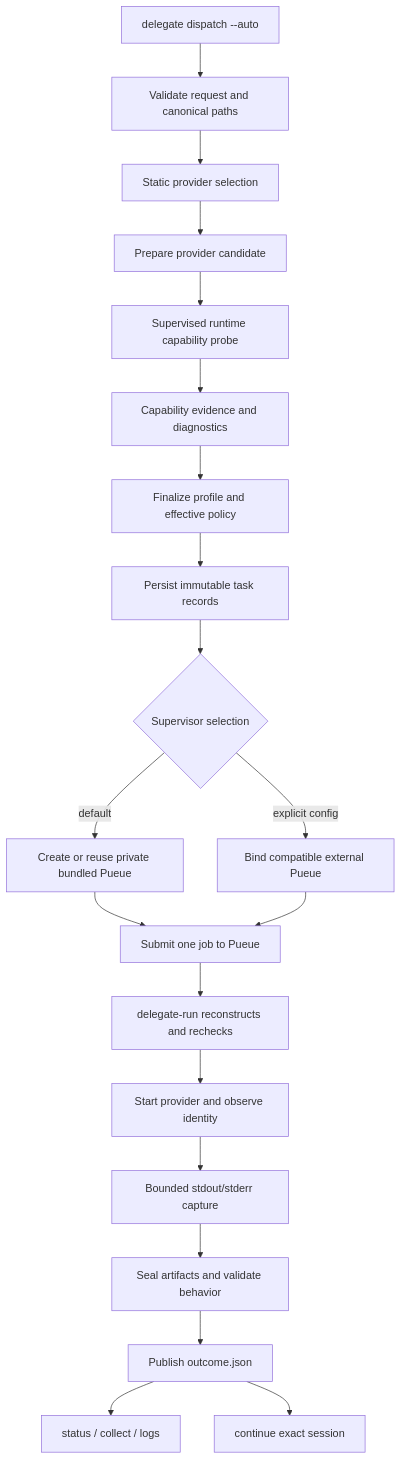
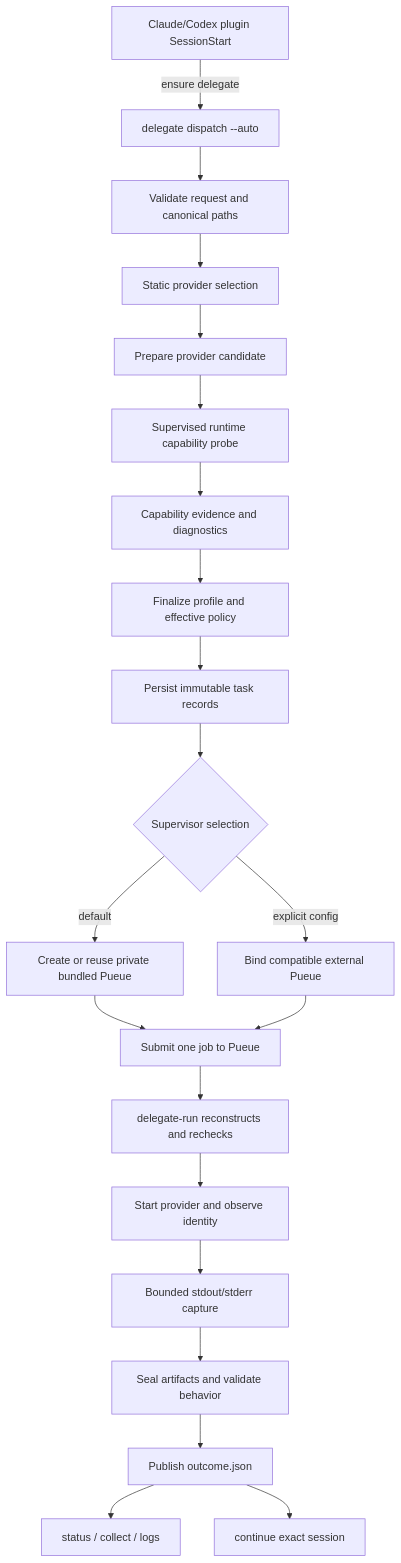
The diagram in docs/architecture.md (hishamkaram/delegation-layer), drawn with Mermaid before and after one commit. The commit also changed other lines of this file and 24 other files, not shown here.

First line of the commit message:
feat: add Codex and Claude plugin bootstrap

````diff
--- a/docs/architecture.md
+++ b/docs/architecture.md
@@ -8,22 +8,23 @@
 ```mermaid
 flowchart TD
-    A[delegate dispatch --auto] --> B[Validate request and canonical paths]
+    BOOT[Claude/Codex plugin SessionStart] -->|ensure delegate| A[delegate dispatch --auto]
+    A --> B[Validate request and canonical paths]
     B --> C[Static provider selection]
     C --> D[Prepare provider candidate]
     D --> E[Supervised runtime capability probe]
     E --> F[Capability evidence and diagnostics]
     F --> G[Finalize profile and effective policy]
     G --> H[Persist immutable task records]
     H --> I{Supervisor selection}
     I -->|default| J[Create or reuse private bundled Pueue]
     I -->|explicit config| J2[Bind compatible external Pueue]
     J --> K[Submit one job to Pueue]
     J2 --> K
     K --> L[delegate-run reconstructs and rechecks]
     L --> M[Start provider and observe identity]
     M --> N[Bounded stdout/stderr capture]
     N --> O[Seal artifacts and validate behavior]
     O --> P[Publish outcome.json]
     P --> Q[status / collect / logs]
     P --> R[continue exact session]
 ```
````
